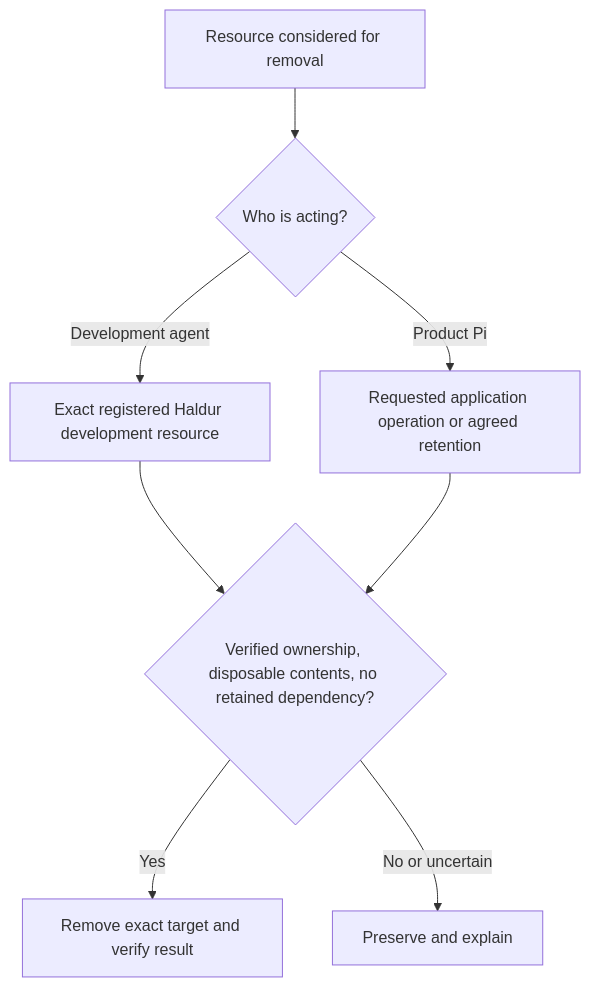
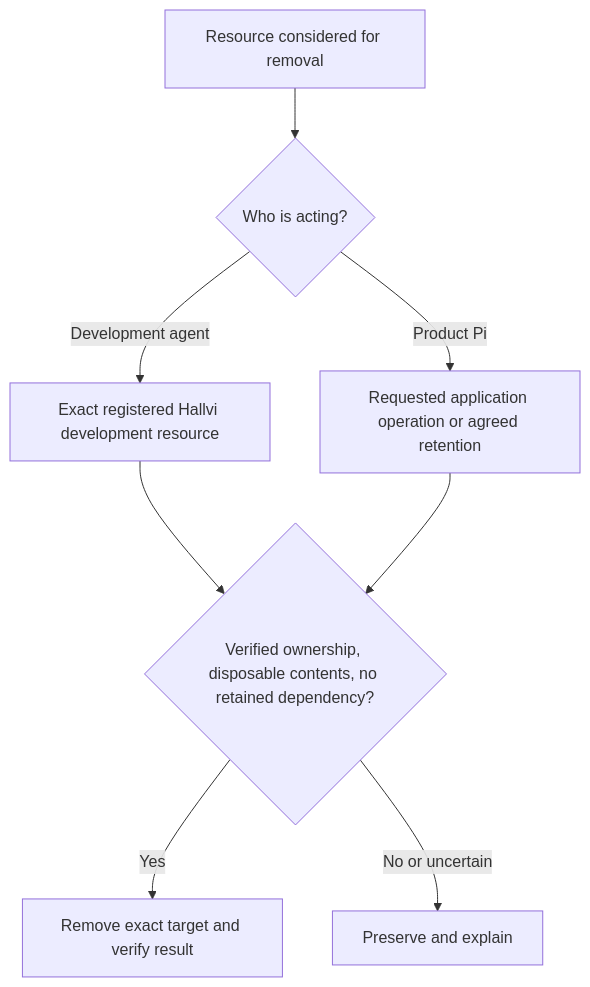
One commit to lustoykov/hallvi changed the diagram in docs/architecture/cleanup-scope.md. Above: the diagram before and after it, drawn with Mermaid. The commit also changed 476 other files, not shown here.

First line of the commit message:
Rename Haldur to Hallvi (#134)

````diff
--- a/docs/architecture/cleanup-scope.md
+++ b/docs/architecture/cleanup-scope.md
@@ -6,10 +6,10 @@
 ```mermaid
 flowchart TD
     A[Resource considered for removal] --> B{Who is acting?}
-    B -->|Development agent| C[Exact registered Haldur development resource]
+    B -->|Development agent| C[Exact registered Hallvi development resource]
     B -->|Product Pi| D[Requested application operation or agreed retention]
     C --> E{Verified ownership, disposable contents, no retained dependency?}
     D --> E
     E -->|Yes| F[Remove exact target and verify result]
     E -->|No or uncertain| G[Preserve and explain]
 ```
````
